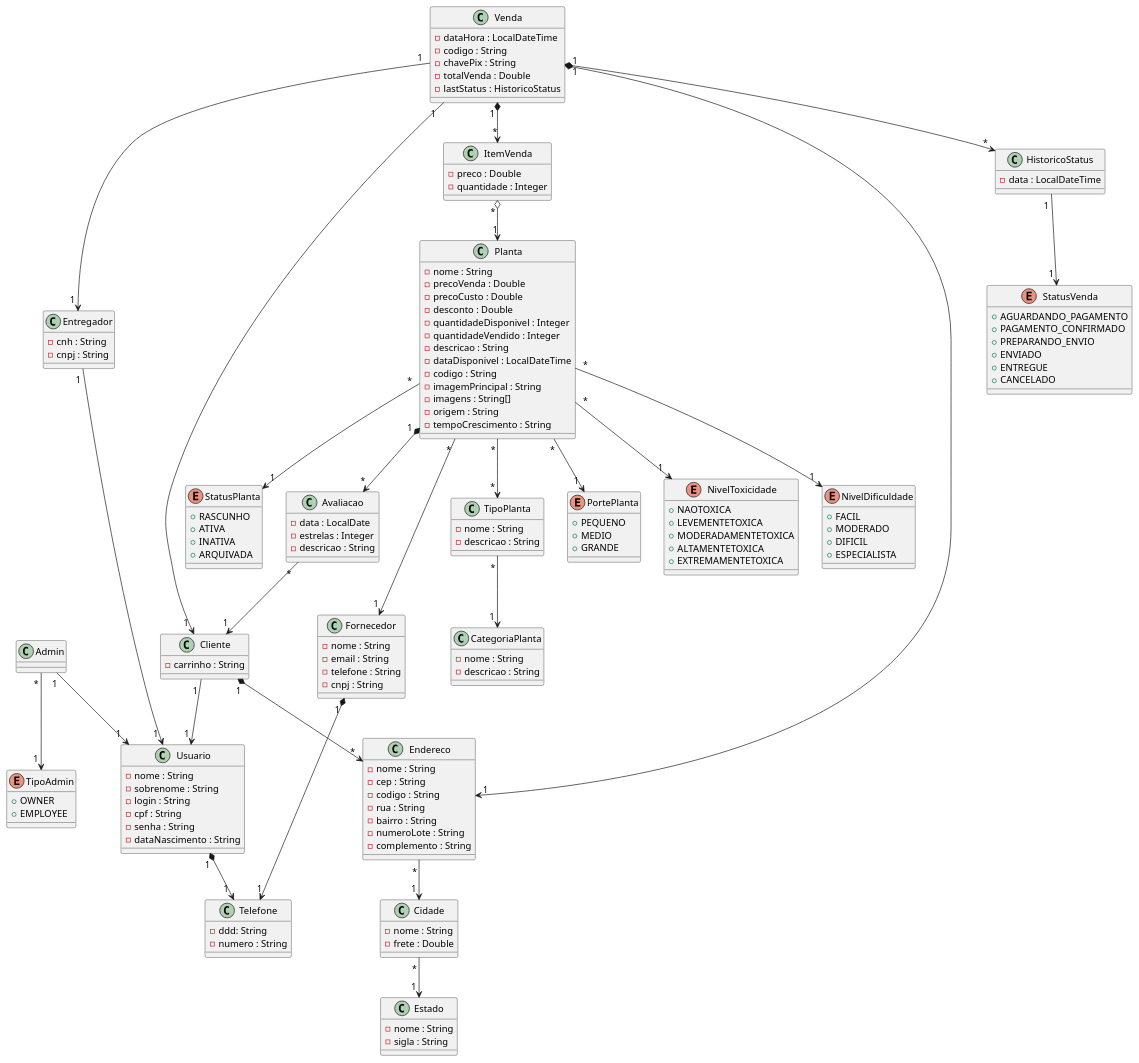
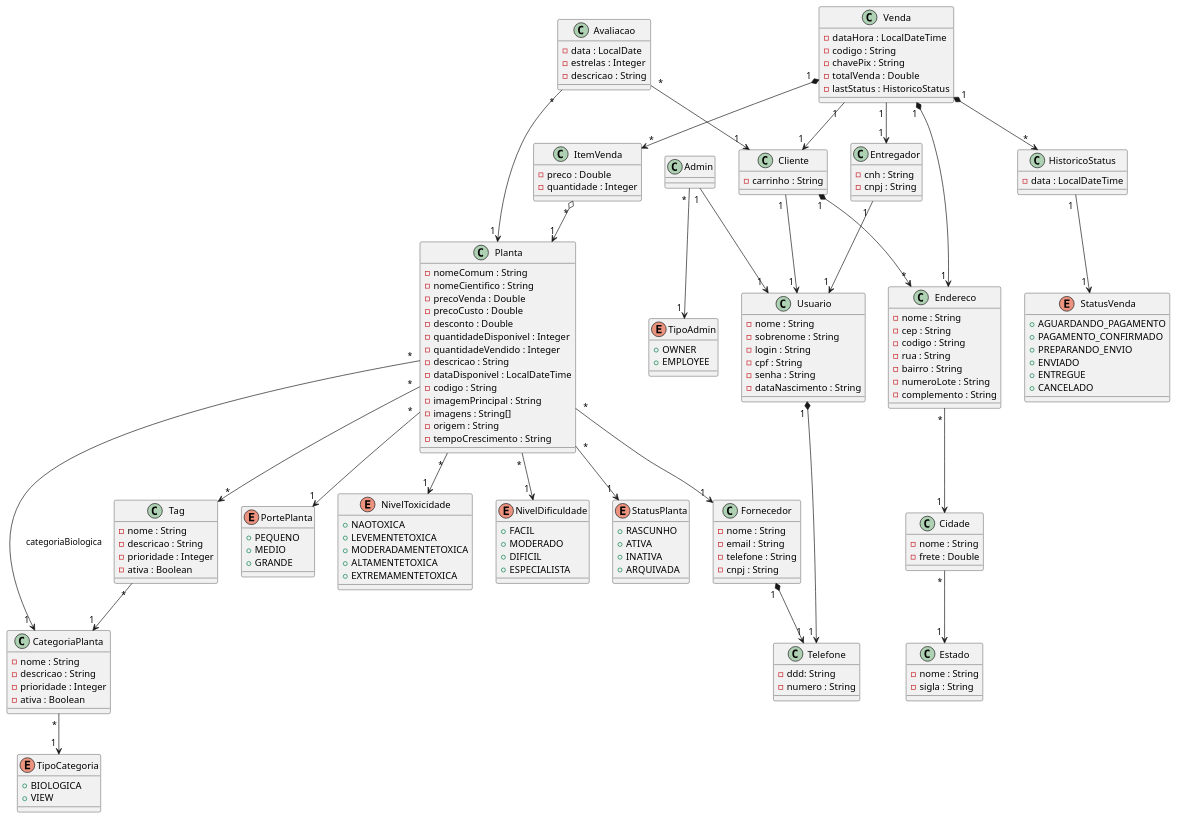
One commit to bealfredo/tp-floricultura-quarkus changed the diagram in others/diagrama.plantuml. Above: the diagram before and after it, drawn with PlantUML.

Commit message:
ajusts  plantuml

```diff
--- a/others/diagrama.plantuml
+++ b/others/diagrama.plantuml
@@ -72,17 +72,59 @@
 class CategoriaPlanta {
   - nome : String
   - descricao : String
+  - prioridade : Integer
+  - ativa : Boolean
 }
 
-class TipoPlanta {
+enum TipoCategoria {
+  + BIOLOGICA
+  + VIEW
+}
+
+CategoriaPlanta " * " --> " 1 " TipoCategoria
+
+' "biológica" para categorias que descrevem características naturais das plantas,
+' "view" para categorias de apresentação/navegação no site
+
+
+' enum TipoCategoria {
+'   + ORNAMENTAL
+'   + FRUTIFERA
+'   + MEDICINAL
+'   + AROMATICA
+'   + CACTO
+'   + SUCULENTA
+'   + BONSAI
+'   + AQUATICA
+'   + TAPETE
+'   + GRAMA
+'   + ARVORE
+'   + PALMEIRA
+'   + SAMAMBAIA
+'   + CEREAIS
+'   + LEGUMINOSA
+'   + TUBEROSA
+'   + RAIZ
+'   + BULBO
+'   + TREPADEIRA
+'   + TREPADEIRA
+'   + CIPÓ
+'   + PLANTA
+'   + ERVA
+' }
+
+class Tag {
   - nome : String
   - descricao : String
+  - prioridade : Integer
+  - ativa : Boolean
 }
 
-TipoPlanta " * " --> " 1 " CategoriaPlanta
+Tag " * " --> " 1 " CategoriaPlanta
 
 class Planta {
-  - nome : String
+  - nomeComum : String
+  - nomeCientifico : String
   - precoVenda : Double
   - precoCusto : Double
   - desconto : Double
@@ -100,9 +142,10 @@
 Planta " * " --> " 1 " PortePlanta
 Planta " * " --> " 1 " NivelToxicidade
 Planta " * " --> " 1 " NivelDificuldade
-Planta " * " --> " * " TipoPlanta
+Planta " * " --> " * " Tag
 Planta " * " --> " 1 " StatusPlanta
 Planta " * " --> " 1 " Fornecedor
+Planta " * " --> " 1 " CategoriaPlanta : categoriaBiologica
 
 enum NivelToxicidade {
   + NAOTOXICA
@@ -177,7 +220,8 @@
 }
 
 Avaliacao " * " --> " 1 " Cliente
-Planta " 1 " *--> " * " Avaliacao
+' Planta " 1 " *--> " * " Avaliacao
+Avaliacao " * " --> " 1 " Planta
 
 class Telefone {
   - ddd: String
```
